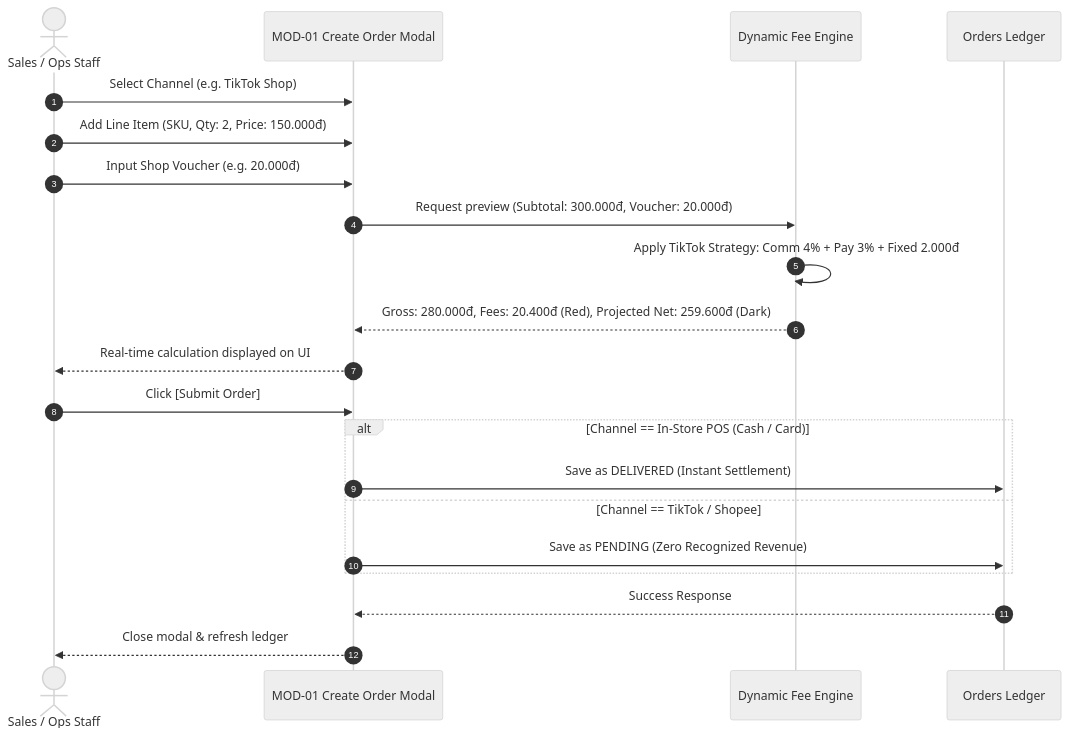
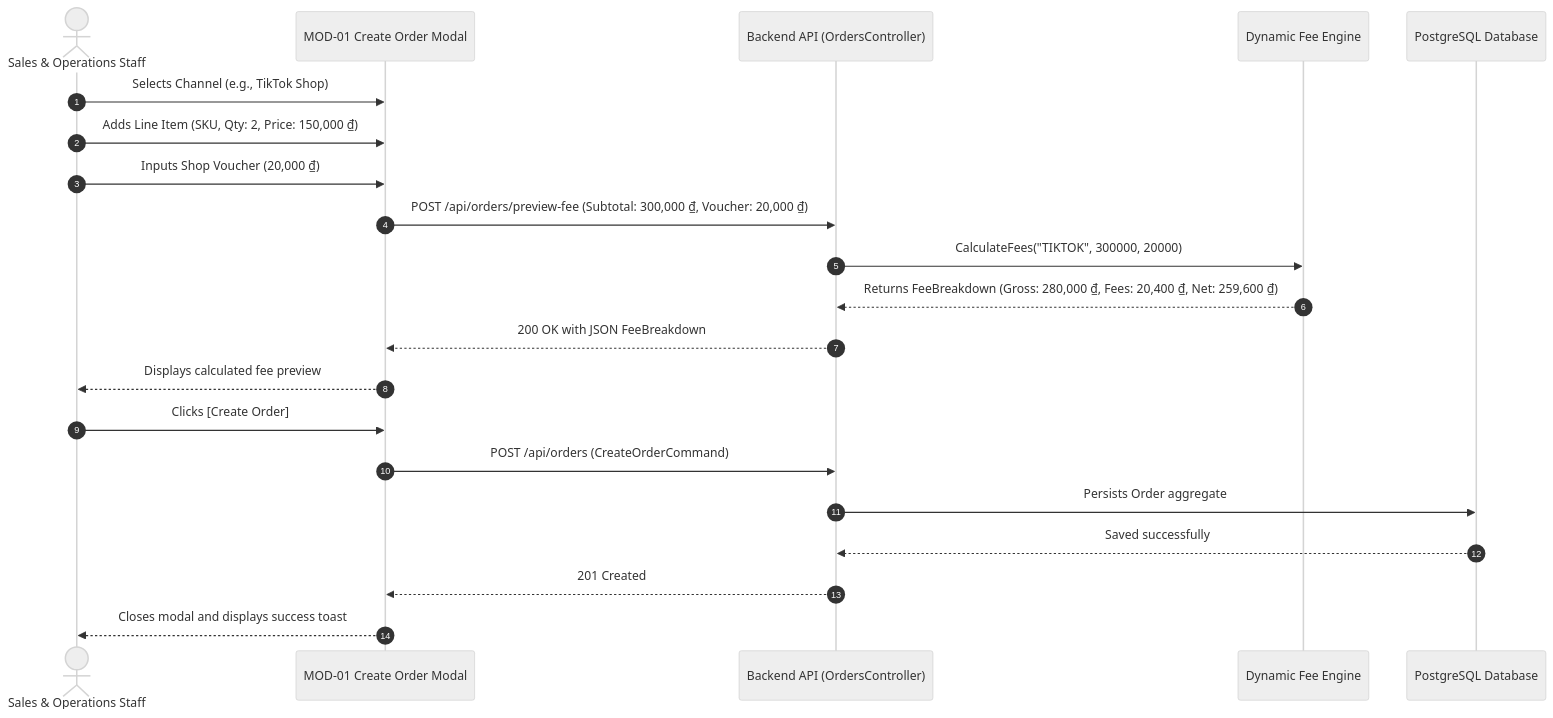
Before and after one commit to duchoa0405/Quanly_DoanhThu_LoiNhuan_DangDucHoa_VSF: the second of 3 diagrams in docs/uiux_specifications.md, drawn with Mermaid (neutral theme). The commit also changed other lines of this file and 1 other file, not shown here.

Commit message:
docs(uiux): unify typography, remove badge colors, fix zero fee colors and separate table headers

````diff
--- a/docs/uiux_specifications.md
+++ b/docs/uiux_specifications.md
@@ -339,26 +456,26 @@
 ```mermaid
 sequenceDiagram
     autonumber
-    actor Staff as Sales / Ops Staff
+    actor Staff as Sales & Operations Staff
     participant Modal as MOD-01 Create Order Modal
+    participant API as Backend API (OrdersController)
     participant Engine as Dynamic Fee Engine
-    participant DB as Orders Ledger
+    participant DB as PostgreSQL Database
 
-    Staff->>Modal: Select Channel (e.g. TikTok Shop)
-    Staff->>Modal: Add Line Item (SKU, Qty: 2, Price: 150.000đ)
-    Staff->>Modal: Input Shop Voucher (e.g. 20.000đ)
+    Staff->>Modal: Selects Channel (e.g., TikTok Shop)
+    Staff->>Modal: Adds Line Item (SKU, Qty: 2, Price: 150,000 ₫)
+    Staff->>Modal: Inputs Shop Voucher (20,000 ₫)
     
-    Modal->>Engine: Request preview (Subtotal: 300.000đ, Voucher: 20.000đ)
-    Engine->>Engine: Apply TikTok Strategy: Comm 4% + Pay 3% + Fixed 2.000đ
-    Engine-->>Modal: Gross: 280.000đ, Fees: 20.400đ (Red), Projected Net: 259.600đ (Dark)
-    Modal-->>Staff: Real-time calculation displayed on UI
+    Modal->>API: POST /api/orders/preview-fee (Subtotal: 300,000 ₫, Voucher: 20,000 ₫)
+    API->>Engine: CalculateFees("TIKTOK", 300000, 20000)
+    Engine-->>API: Returns FeeBreakdown (Gross: 280,000 ₫, Fees: 20,400 ₫, Net: 259,600 ₫)
+    API-->>Modal: 200 OK with JSON FeeBreakdown
+    Modal-->>Staff: Displays calculated fee preview
     
-    Staff->>Modal: Click [Submit Order]
-    alt Channel == In-Store POS (Cash / Card)
-        Modal->>DB: Save as DELIVERED (Instant Settlement)
-    else Channel == TikTok / Shopee
-        Modal->>DB: Save as PENDING (Zero Recognized Revenue)
-    end
-    DB-->>Modal: Success Response
-    Modal-->>Staff: Close modal & refresh ledger
+    Staff->>Modal: Clicks [Create Order]
+    Modal->>API: POST /api/orders (CreateOrderCommand)
+    API->>DB: Persists Order aggregate
+    DB-->>API: Saved successfully
+    API-->>Modal: 201 Created
+    Modal-->>Staff: Closes modal and displays success toast
 ```
````
